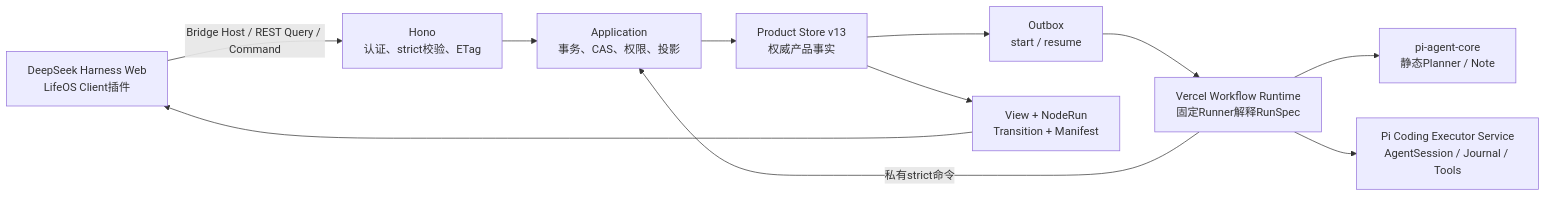
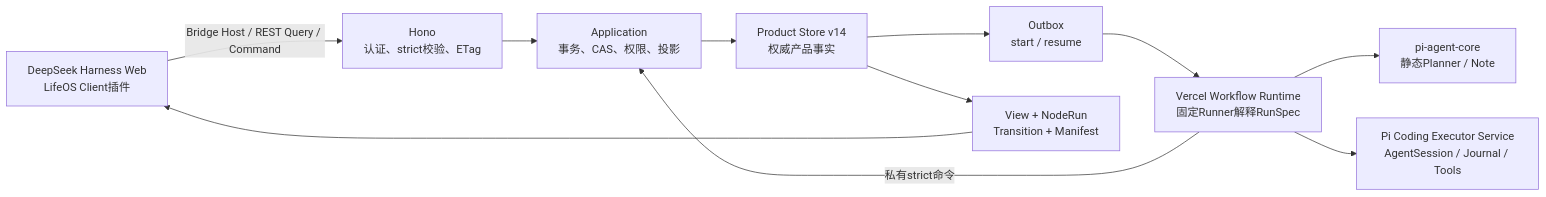
One commit to later-3/Chat changed the diagram in docs/architecture/configurable-workflow-as-built.md. Above: the diagram before and after it, drawn with Mermaid. The commit also changed other lines of this file and 59 other files, not shown here.

````diff
--- a/docs/architecture/configurable-workflow-as-built.md
+++ b/docs/architecture/configurable-workflow-as-built.md
@@ -29,13 +29,13 @@
 ```mermaid
 flowchart LR
   UI["DeepSeek Harness Web\nLifeOS Client插件"] -->|"Bridge Host / REST Query / Command"| API["Hono\n认证、strict校验、ETag"]
   API --> APP["Application\n事务、CAS、权限、投影"]
-  APP --> STORE["Product Store v13\n权威产品事实"]
+  APP --> STORE["Product Store v14\n权威产品事实"]
   STORE --> OUTBOX["Outbox\nstart / resume"]
   OUTBOX --> RUNTIME["Vercel Workflow Runtime\n固定Runner解释RunSpec"]
   RUNTIME -->|"私有strict命令"| APP
   RUNTIME --> PI["pi-agent-core\n静态Planner / Note"]
   RUNTIME --> EXECUTOR["Pi Coding Executor Service\nAgentSession / Journal / Tools"]
   STORE --> VIEW["View + NodeRun\nTransition + Manifest"]
   VIEW --> UI
 ```
````
